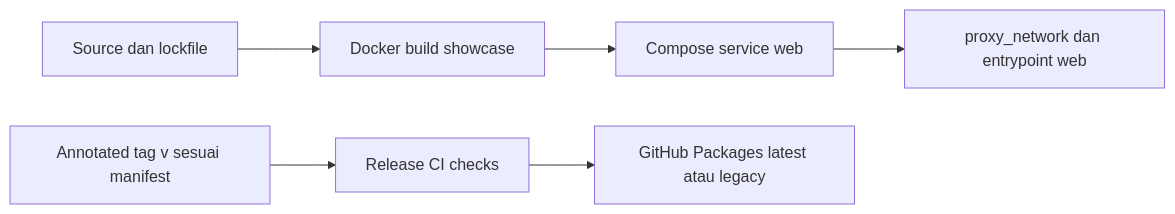
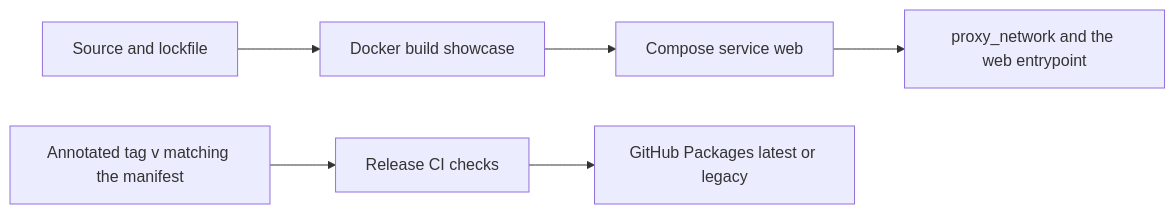
The diagram in docs/operations.md (bpsprovkaltara/design-system), drawn with Mermaid before and after one commit. The commit also changed other lines of this file and 10 other files, not shown here.

````diff
--- a/docs/operations.md
+++ b/docs/operations.md
@@ -34,8 +34,8 @@
 ```mermaid
 flowchart LR
-  Source[Source dan lockfile] --> Image[Docker build showcase]
+  Source[Source and lockfile] --> Image[Docker build showcase]
   Image --> Compose[Compose service web]
-  Compose --> Traefik[proxy_network dan entrypoint web]
-  Tag[Annotated tag v sesuai manifest] --> Verify[Release CI checks]
-  Verify --> Package[GitHub Packages latest atau legacy]
+  Compose --> Traefik[proxy_network and the web entrypoint]
+  Tag[Annotated tag v matching the manifest] --> Verify[Release CI checks]
+  Verify --> Package[GitHub Packages latest or legacy]
 ```
````
